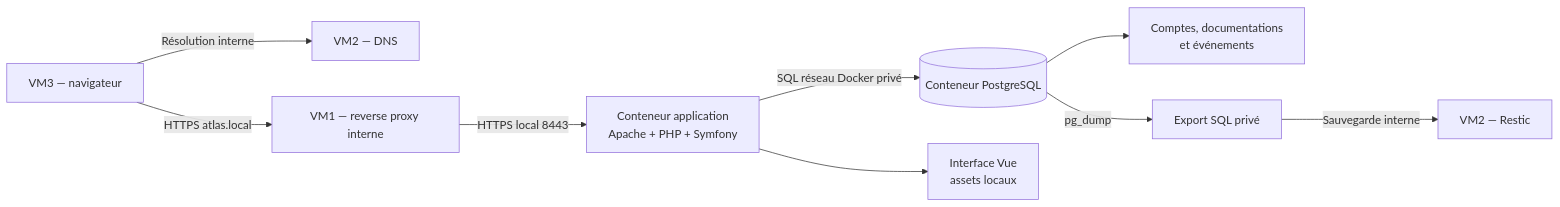
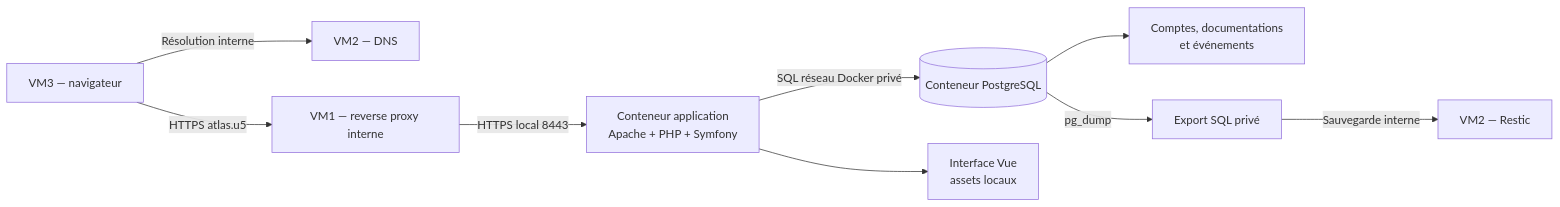
Before and after one commit to GabrielSOLER1/atlas-documentation: the diagram in docs/RAPPORT_ARCHITECTURE.md, drawn with Mermaid. The commit also changed other lines of this file and 16 other files, not shown here.

````diff
--- a/docs/RAPPORT_ARCHITECTURE.md
+++ b/docs/RAPPORT_ARCHITECTURE.md
@@ -11,14 +11,14 @@
 ```mermaid
 flowchart LR
     C[VM3 — navigateur] -->|Résolution interne| DNS[VM2 — DNS]
-    C -->|HTTPS atlas.local| P[VM1 — reverse proxy interne]
+    C -->|HTTPS atlas.u5| P[VM1 — reverse proxy interne]
     P -->|HTTPS local 8443| W[Conteneur application
 Apache + PHP + Symfony]
     W -->|SQL réseau Docker privé| D[(Conteneur PostgreSQL)]
     W --> V[Interface Vue
 assets locaux]
     D --> T[Comptes, documentations
 et événements]
     D -->|pg_dump| E[Export SQL privé]
     E -->|Sauvegarde interne| B[VM2 — Restic]
 ```
````
